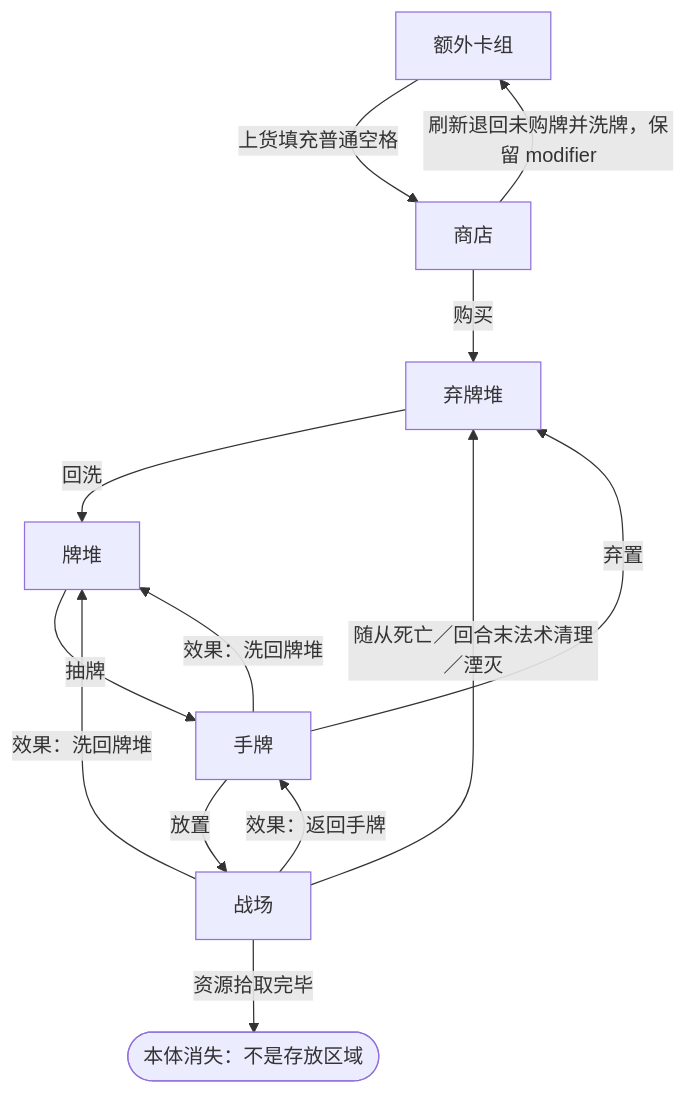
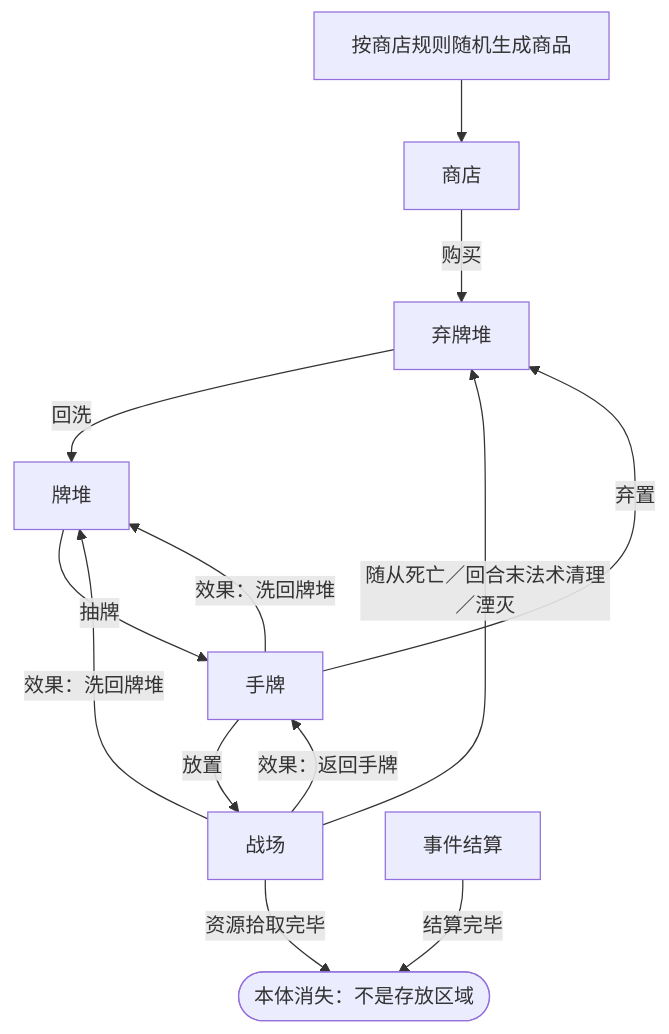
The first of 3 diagrams in docs/rules/common/elements.md (Time-Block-Hero/tbh-website), drawn with Mermaid before and after one commit. The commit also changed other lines of this file and 27 other files, not shown here.

````diff
--- a/docs/rules/common/elements.md
+++ b/docs/rules/common/elements.md
@@ -227,15 +261,15 @@
 ```mermaid
 flowchart TD
-  extra["额外卡组"] -->|上货填充普通空格| shop["商店"]
-  shop -->|刷新退回未购牌并洗牌，保留 modifier| extra
+  offer["按商店规则随机生成商品"] --> shop["商店"]
   shop -->|购买| discard["弃牌堆"]
   discard -->|回洗| deck["牌堆"]
   deck -->|抽牌| hand["手牌"]
   hand -->|放置| field["战场"]
   hand -->|弃置| discard
   field -->|随从死亡／回合末法术清理／湮灭| discard
   field -->|效果：返回手牌| hand
   hand -->|效果：洗回牌堆| deck
   field -->|效果：洗回牌堆| deck
   field -->|资源拾取完毕| gone(["本体消失：不是存放区域"])
+  event["事件结算"] -->|结算完毕| gone
 ```
````
